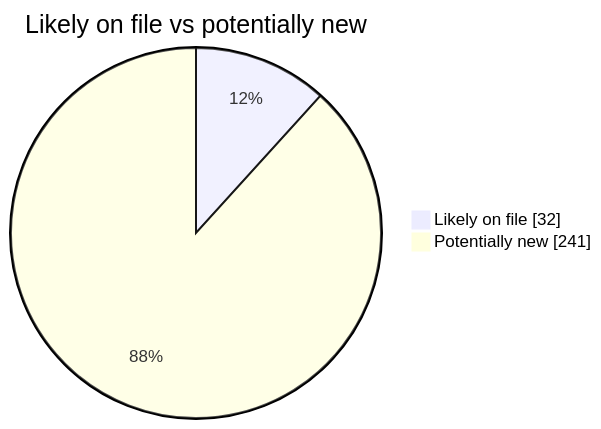
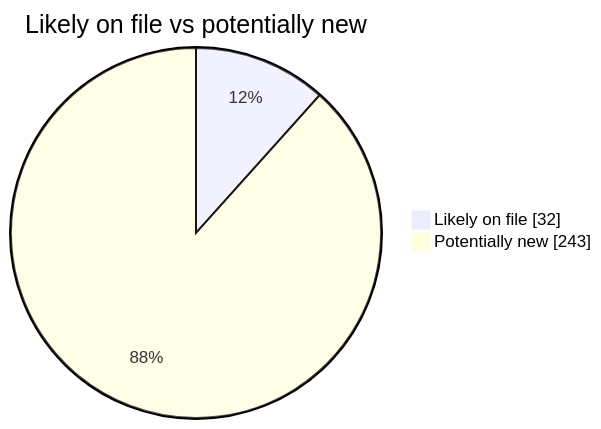
Before and after one commit to martinbalfanz/social-scanner-reports: the second of 4 diagrams in README.md, drawn with Mermaid. The commit also changed other lines of this file and 1 other file, not shown here.

````diff
--- a/README.md
+++ b/README.md
@@ -40,5 +40,5 @@
 ```mermaid
 pie showData title Likely on file vs potentially new
     "Likely on file" : 32
-    "Potentially new" : 241
+    "Potentially new" : 243
 ```
````
